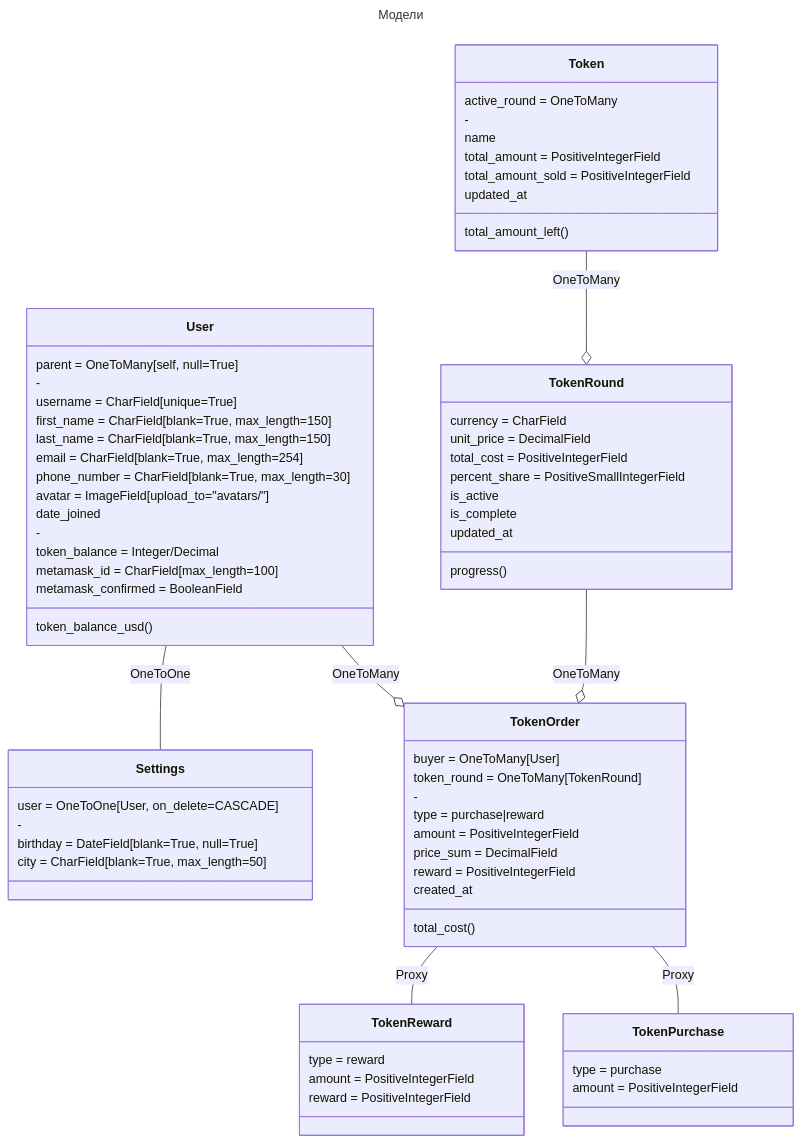
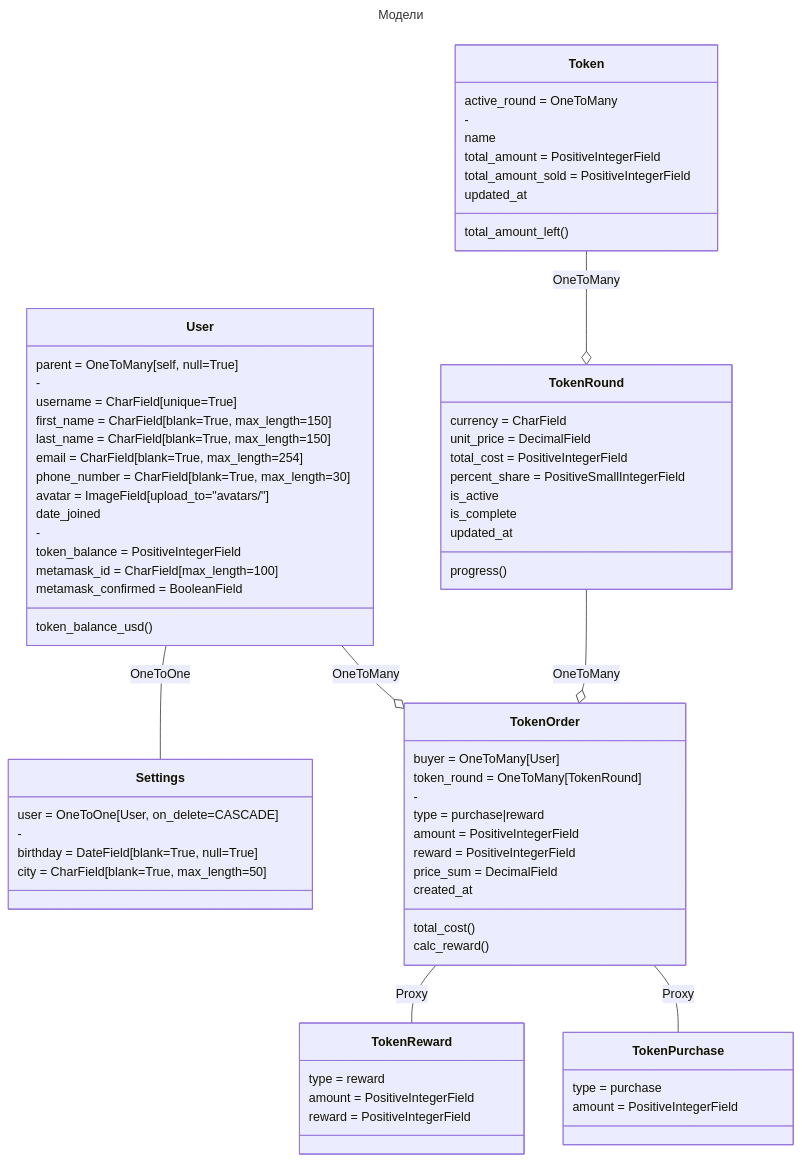
One commit to DmitryPi/market_django changed the first of 2 diagrams in README.md. Above: the diagram before and after it, drawn with Mermaid. The commit also changed 4 other files, not shown here.

````diff
--- a/README.md
+++ b/README.md
@@ -16,80 +16,81 @@
 ```mermaid
 ---
 title: Модели
 ---
 classDiagram
     User -- Settings : OneToOne
     Token --o TokenRound : OneToMany
     User --o TokenOrder : OneToMany
     TokenRound --o TokenOrder : OneToMany
     TokenOrder -- TokenReward : Proxy
     TokenOrder -- TokenPurchase : Proxy
 
     class User {
         parent = OneToMany[self, null=True]
         -
         username = CharField[unique=True]
         first_name = CharField[blank=True, max_length=150]
         last_name = CharField[blank=True, max_length=150]
         email = CharField[blank=True, max_length=254]
         phone_number = CharField[blank=True, max_length=30]
         avatar = ImageField[upload_to="avatars/"]
         date_joined
         -
-        token_balance = Integer/Decimal
+        token_balance = PositiveIntegerField
         metamask_id = CharField[max_length=100]
         metamask_confirmed = BooleanField
         token_balance_usd()
     }
 
     class Settings {
         user = OneToOne[User, on_delete=CASCADE]
         -
         birthday = DateField[blank=True, null=True]
         city = CharField[blank=True, max_length=50]
     }
 
     class Token {
         active_round = OneToMany
         -
         name
         total_amount = PositiveIntegerField
         total_amount_sold = PositiveIntegerField
         updated_at
         total_amount_left()
     }
 
     class TokenRound {
         currency = CharField
         unit_price = DecimalField
         total_cost = PositiveIntegerField
         percent_share = PositiveSmallIntegerField
         is_active
         is_complete
         updated_at
         progress()
     }
 
     class TokenOrder {
         buyer = OneToMany[User]
         token_round = OneToMany[TokenRound]
         -
         type = purchase|reward
         amount = PositiveIntegerField
+        reward = PositiveIntegerField
         price_sum = DecimalField
-        reward = PositiveIntegerField
         created_at
         total_cost()
+        calc_reward()
     }
 
     class TokenPurchase {
         type = purchase
         amount = PositiveIntegerField
     }
 
     class TokenReward {
         type = reward
         amount = PositiveIntegerField
         reward = PositiveIntegerField
     }
 ```
````
